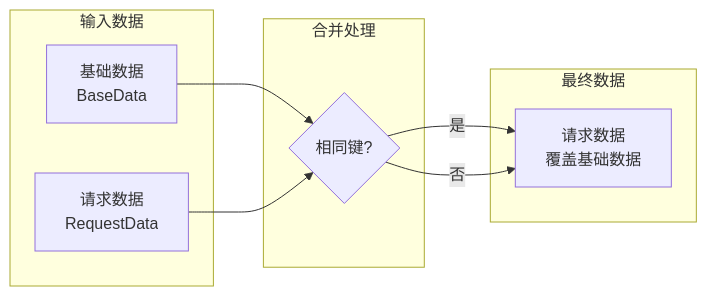
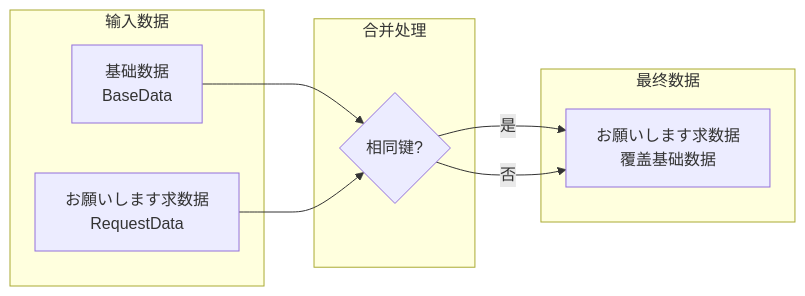
One commit to AlianBlank/GameFrameX.Docs changed the third of 3 diagrams in docs/ja/client/unity/component/web/07.base-data.md. Above: the diagram before and after it, drawn with Mermaid. The commit also changed other lines of this file and 603 other files, not shown here.

````diff
--- a/docs/ja/client/unity/component/web/07.base-data.md
+++ b/docs/ja/client/unity/component/web/07.base-data.md
@@ -171,20 +171,20 @@
 ```mermaid
 flowchart LR
     subgraph Input["输入数据"]
         A[基础数据<br/>BaseData]
-        B[请求数据<br/>RequestData]
+        B[お願いします求数据<br/>RequestData]
     end
 
     subgraph MergeProcess["合并处理"]
         C{相同键?}
     end
 
     subgraph Output["最终数据"]
-        D[请求数据<br/>覆盖基础数据]
+        D[お願いします求数据<br/>覆盖基础数据]
     end
 
     A --> C
     B --> C
     C -->|是| D
     C -->|否| D
 ```
````
